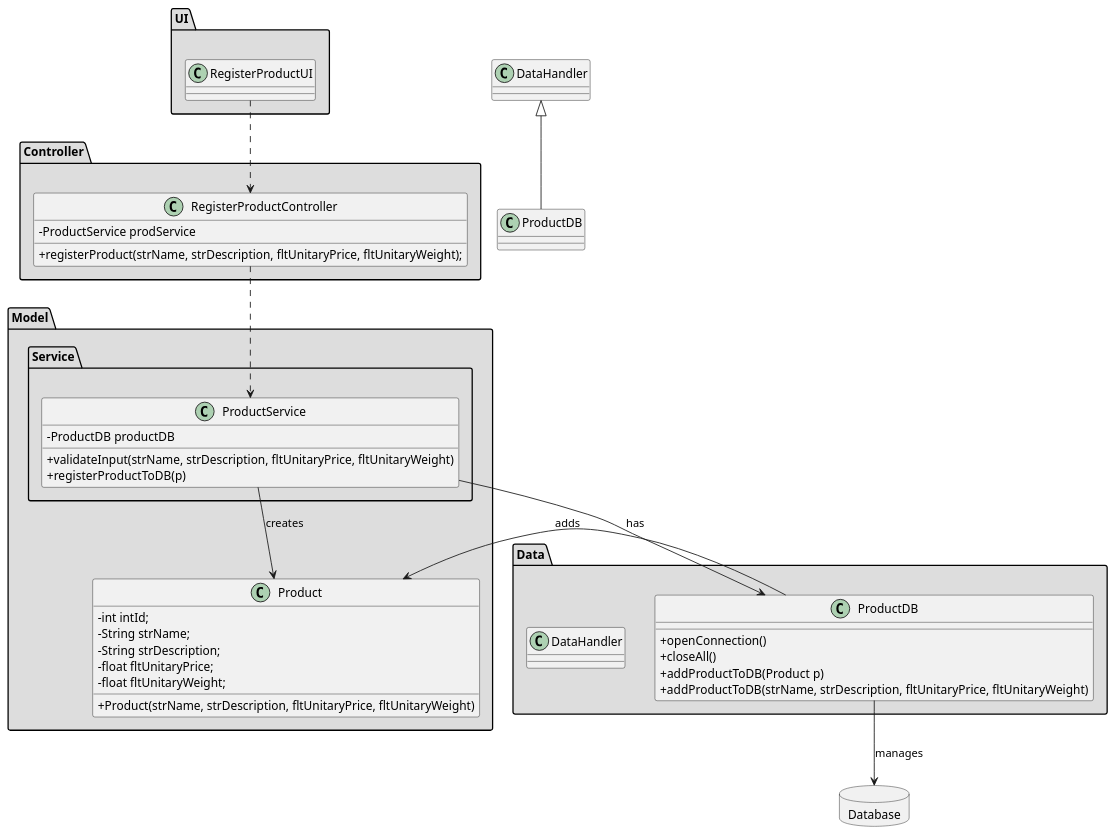
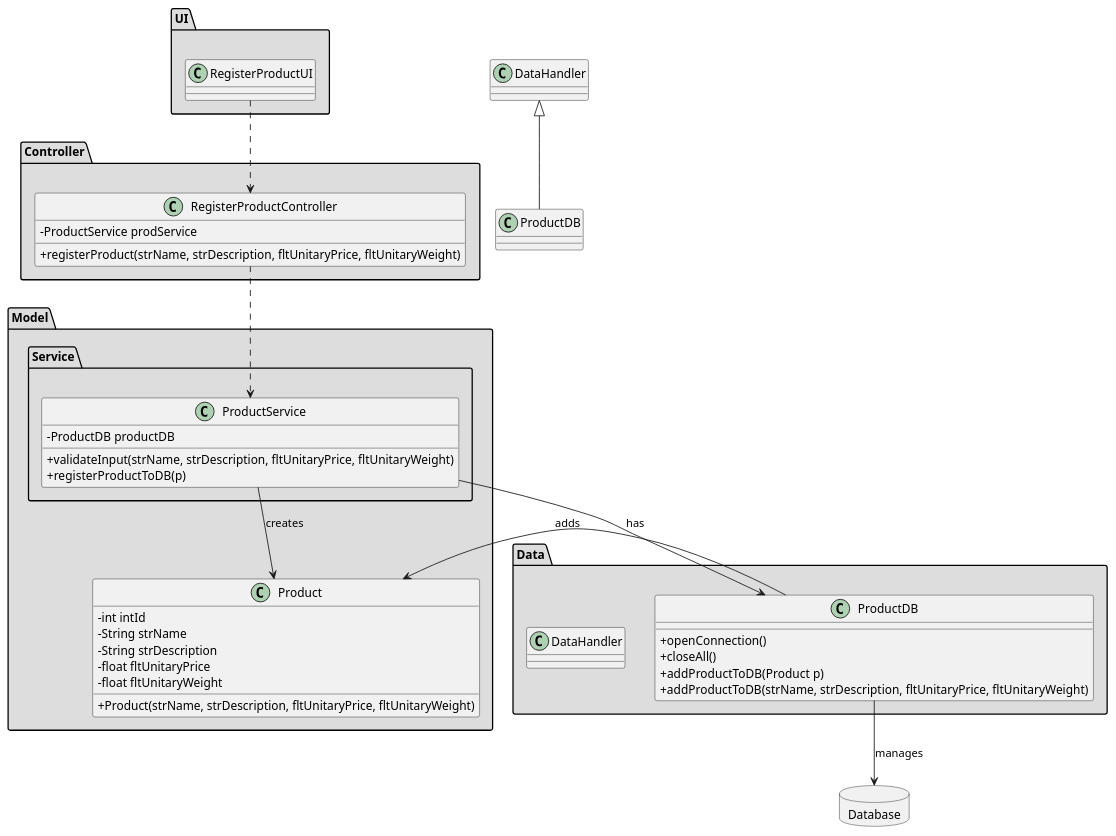
The diagram in docs/Iteration 2/Product Management/Refinement/US70_RegisterProduct/US70_CD.puml (tiagoavcosta25/LAPR3), drawn with PlantUML before and after one commit. The commit also changed 9 other files, not shown here.

```diff
--- a/docs/Iteration 2/Product Management/Refinement/US70_RegisterProduct/US70_CD.puml
+++ b/docs/Iteration 2/Product Management/Refinement/US70_RegisterProduct/US70_CD.puml
@@ -1,58 +1,58 @@
 @startuml
 skinparam classAttributeIconSize 0
 package "UI" #DDDDDD {
     class RegisterProductUI{
     }
 }
 
 package "Controller" #DDDDDD {
     class RegisterProductController {
         -ProductService prodService
-        +registerProduct(strName, strDescription, fltUnitaryPrice, fltUnitaryWeight);
+        +registerProduct(strName, strDescription, fltUnitaryPrice, fltUnitaryWeight)
     }
 }
 
 package "Model" #DDDDDD {
     class Product {
-        -int intId;
-        -String strName;
-        -String strDescription;
-        -float fltUnitaryPrice;
-        -float fltUnitaryWeight;
+        -int intId
+        -String strName
+        -String strDescription
+        -float fltUnitaryPrice
+        -float fltUnitaryWeight
         +Product(strName, strDescription, fltUnitaryPrice, fltUnitaryWeight)
     }
 
     package "Service" #DDDDDD {
         class ProductService {
             -ProductDB productDB
             +validateInput(strName, strDescription, fltUnitaryPrice, fltUnitaryWeight)
             +registerProductToDB(p)
         }
     }
 }
 
 
 package "Data" #DDDDDD {
     class ProductDB {
             +openConnection()
             +closeAll()
             +addProductToDB(Product p)
             +addProductToDB(strName, strDescription, fltUnitaryPrice, fltUnitaryWeight)
     }
 
     class DataHandler {
     }
 }
 
 database Database {
 
 }
 
 RegisterProductUI ..> RegisterProductController
 RegisterProductController ..> ProductService
 ProductService --> Product : creates
 ProductService --> ProductDB : has
 ProductDB --> Product : adds
 ProductDB --> Database: manages
 class ProductDB extends DataHandler
 @enduml
```
